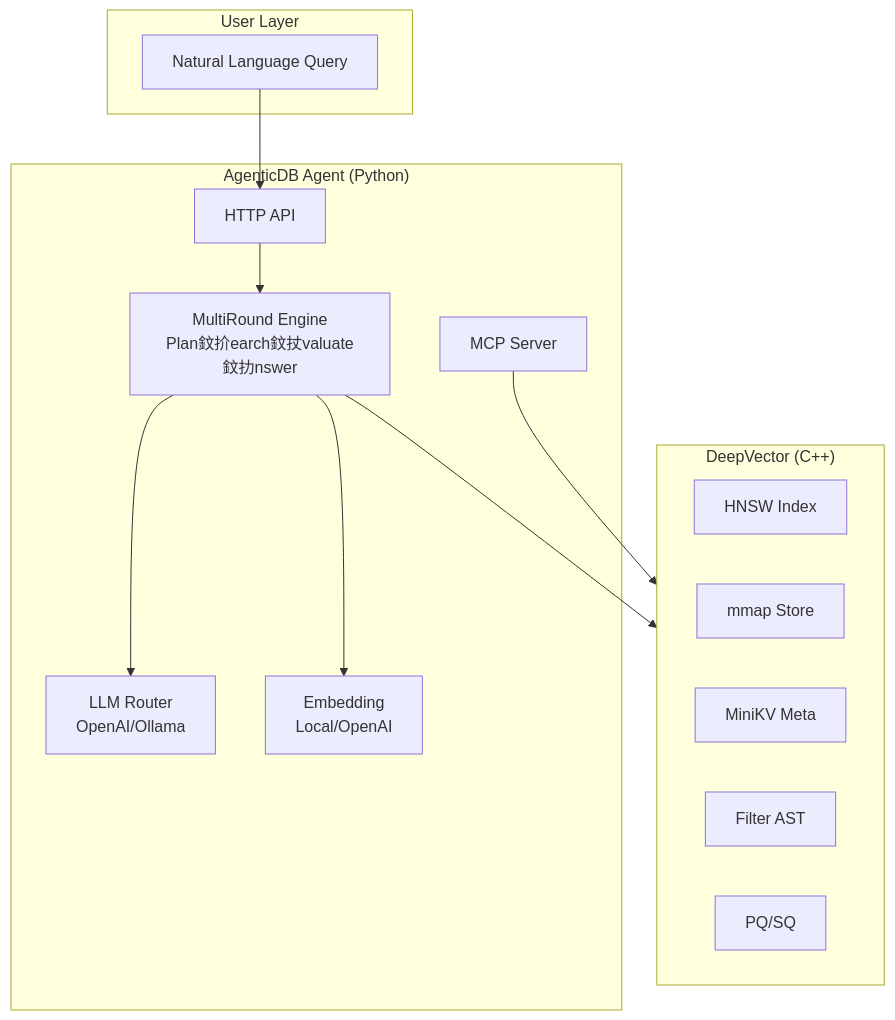
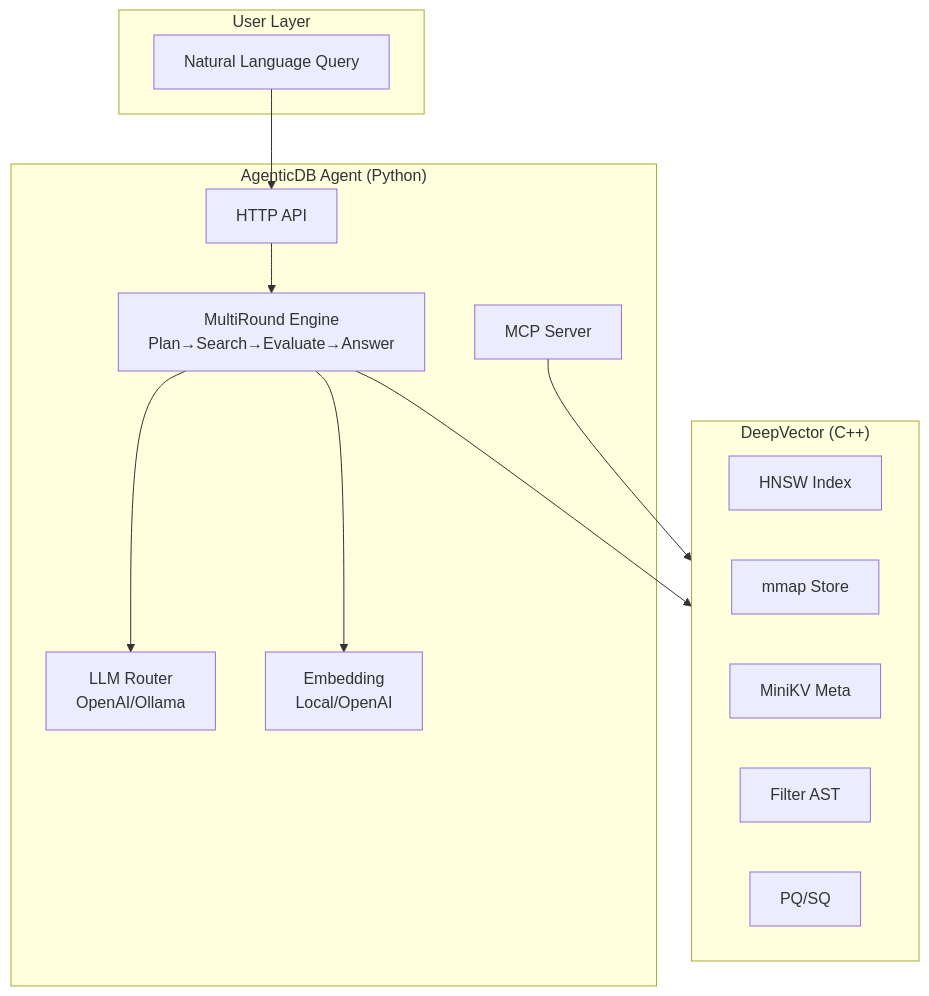
The diagram in deepvector/course/ch01_overview/01_项目概览_en.md (Thezx-a/LumenDB), drawn with Mermaid before and after one commit. The commit also changed other lines of this file and 91 other files, not shown here.

````diff
--- a/deepvector/course/ch01_overview/01_项目概览_en.md
+++ b/deepvector/course/ch01_overview/01_项目概览_en.md
@@ -21,26 +21,26 @@
 ```mermaid
 flowchart TB
     subgraph User["User Layer"]
         Q["Natural Language Query"]
     end
     subgraph Agent["AgenticDB Agent (Python)"]
         API["HTTP API"]
         LLM["LLM Router<br/>OpenAI/Ollama"]
         EMB["Embedding<br/>Local/OpenAI"]
-        ENG["MultiRound Engine<br/>Plan鈫扴earch鈫扙valuate鈫扐nswer"]
+        ENG["MultiRound Engine<br/>Plan→Search→Evaluate→Answer"]
         MCP["MCP Server"]
     end
     subgraph DB["DeepVector (C++)"]
         HNSW["HNSW Index"]
         MMAP["mmap Store"]
         MINIKV["MiniKV Meta"]
         FILTER["Filter AST"]
         QUANT["PQ/SQ"]
     end
     Q --> API
     API --> ENG
     ENG --> LLM
     ENG --> EMB
     ENG --> DB
     MCP --> DB
 ```
````
